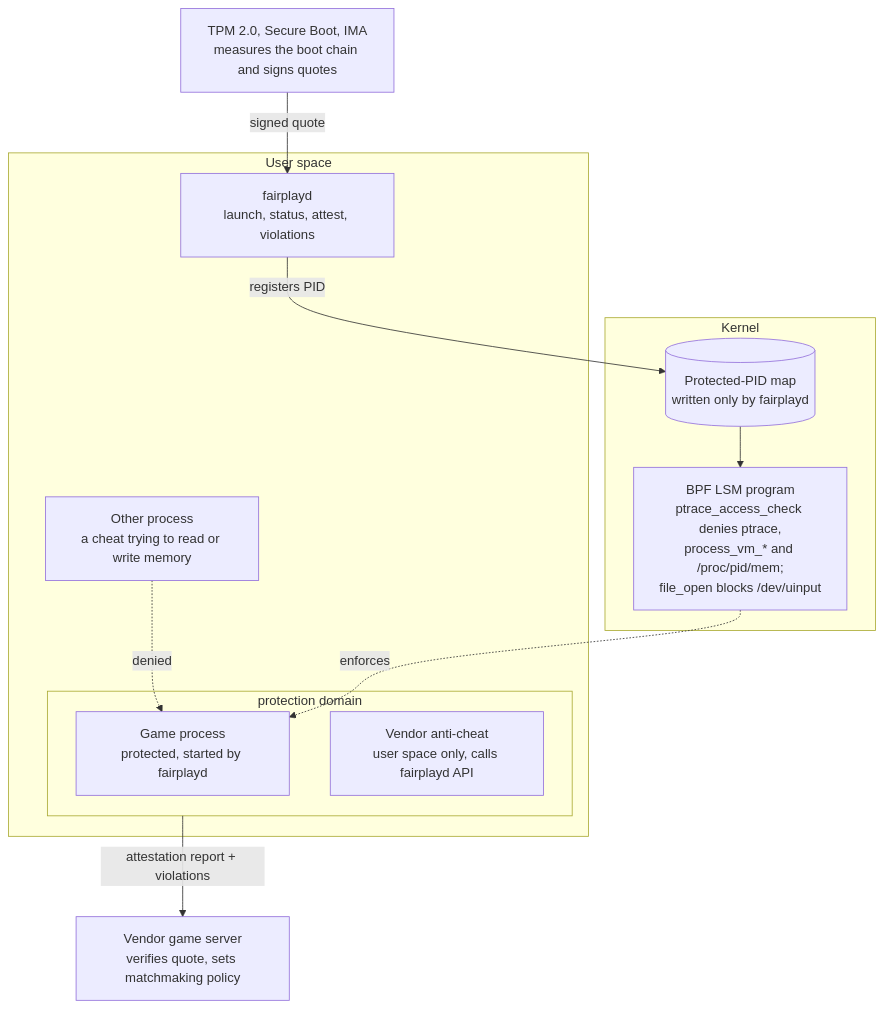
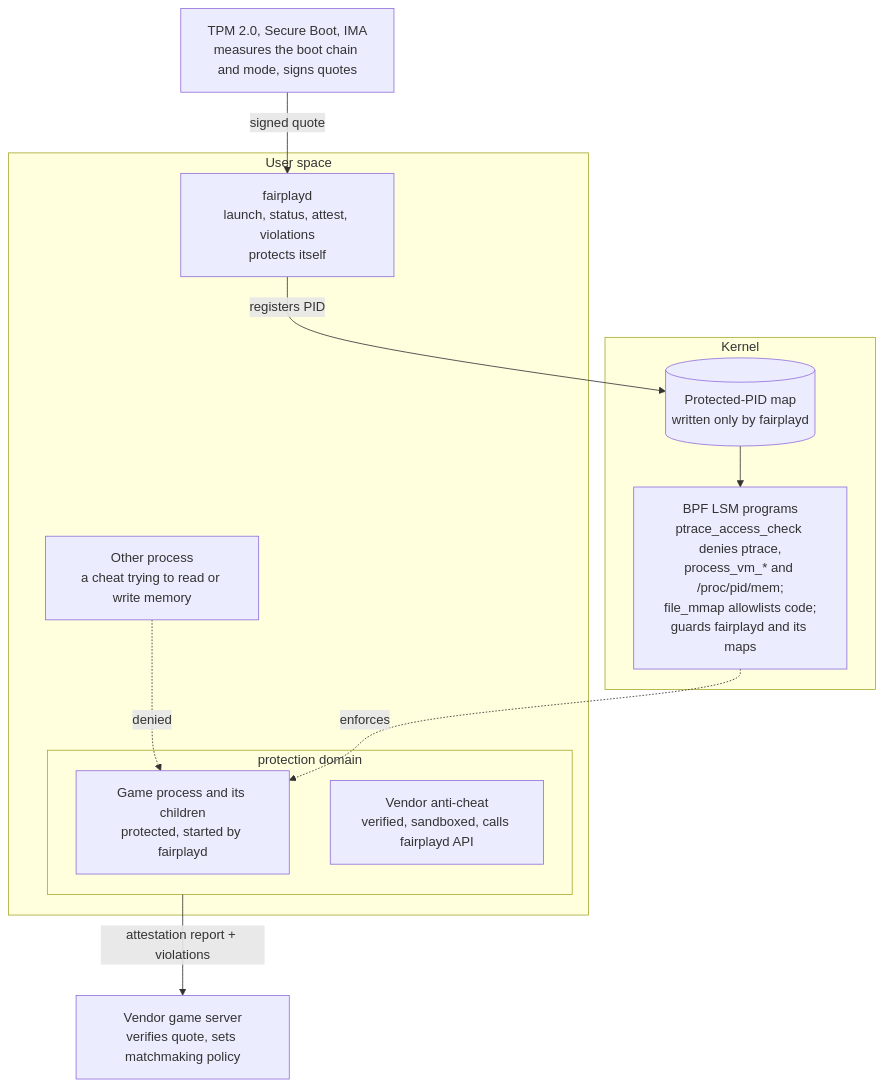
The diagram in docs/design.md (terellison/fairplay-os), drawn with Mermaid before and after one commit. The commit also changed other lines of this file and 2 other files, not shown here.

````diff
--- a/docs/design.md
+++ b/docs/design.md
@@ -108,24 +206,24 @@
 ```mermaid
 flowchart TB
   server["Vendor game server<br/>verifies quote, sets matchmaking policy"]
   subgraph user["User space"]
     other["Other process<br/>a cheat trying to read or write memory"]
     subgraph domain["protection domain"]
-      game["Game process<br/>protected, started by fairplayd"]
-      ac["Vendor anti-cheat<br/>user space only, calls fairplayd API"]
+      game["Game process and its children<br/>protected, started by fairplayd"]
+      ac["Vendor anti-cheat<br/>verified, sandboxed, calls fairplayd API"]
     end
-    fpd["fairplayd<br/>launch, status, attest, violations"]
+    fpd["fairplayd<br/>launch, status, attest, violations<br/>protects itself"]
   end
   subgraph kernel["Kernel"]
-    lsm["BPF LSM program<br/>ptrace_access_check denies ptrace,<br/>process_vm_* and /proc/pid/mem;<br/>file_open blocks /dev/uinput"]
+    lsm["BPF LSM programs<br/>ptrace_access_check denies ptrace,<br/>process_vm_* and /proc/pid/mem;<br/>file_mmap allowlists code;<br/>guards fairplayd and its maps"]
     map[("Protected-PID map<br/>written only by fairplayd")]
   end
-  tpm["TPM 2.0, Secure Boot, IMA<br/>measures the boot chain and signs quotes"]
+  tpm["TPM 2.0, Secure Boot, IMA<br/>measures the boot chain and mode, signs quotes"]
 
   other -. "denied" .-> game
   lsm -. "enforces" .-> game
   fpd -- "registers PID" --> map
   map --> lsm
   domain -- "attestation report + violations" --> server
   tpm -- "signed quote" --> fpd
 ```
````
